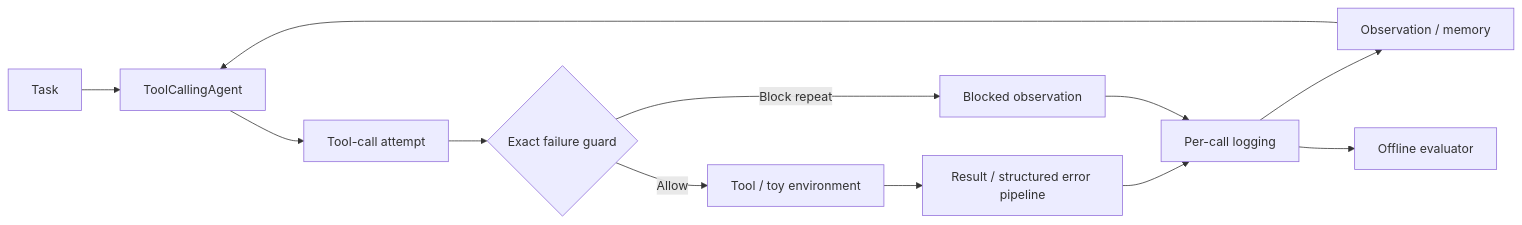
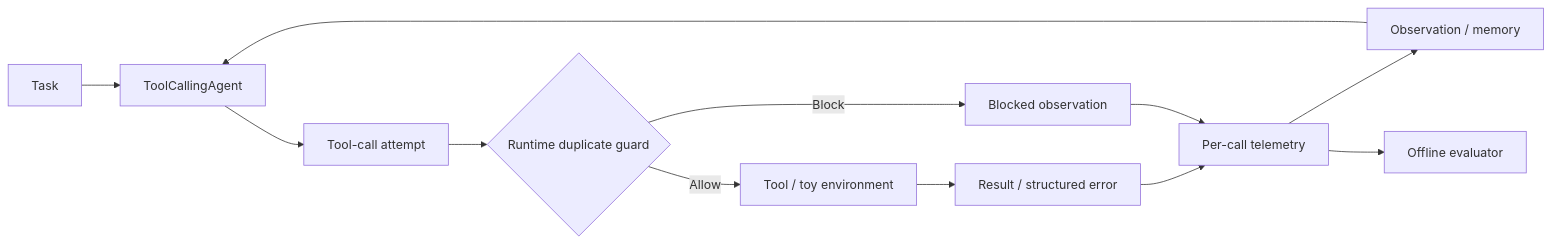
One commit to Kk111777/ReliableToolAgent changed the diagram in README.md. Above: the diagram before and after it, drawn with Mermaid. The commit also changed other lines of this file and 9 other files, not shown here.

````diff
--- a/README.md
+++ b/README.md
@@ -40,14 +60,14 @@
 ```mermaid
 flowchart LR
     T[Task] --> A[ToolCallingAgent]
     A --> C[Tool-call attempt]
-    C --> G{Exact failure guard}
+    C --> G{Runtime duplicate guard}
     G -->|Allow| E[Tool / toy environment]
-    G -->|Block repeat| B[Blocked observation]
-    E --> F[Result / structured error pipeline]
-    F --> L[Per-call logging]
+    G -->|Block| B[Blocked observation]
+    E --> F[Result / structured error]
+    F --> L[Per-call telemetry]
     B --> L
     L --> O[Observation / memory]
     O --> A
     L --> V[Offline evaluator]
 ```
````
